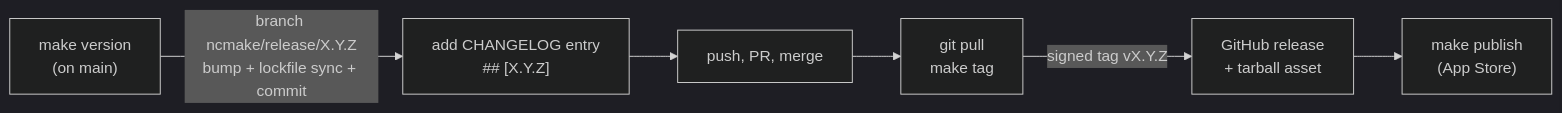
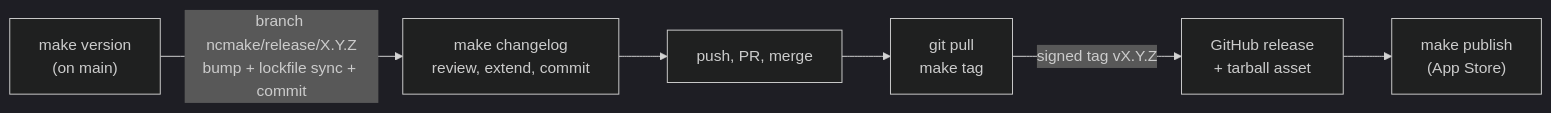
One commit to ernolf/ncmake changed the third of 3 diagrams in README.md. Above: the diagram before and after it, drawn with Mermaid (dark theme). The commit also changed other lines of this file and 1 other file, not shown here.

First line of the commit message:
feat: add the changelog target and harden the tag guard

````diff
--- a/README.md
+++ b/README.md
@@ -174,8 +174,8 @@
 ```mermaid
 flowchart LR
-    A["make version<br>(on main)"] -- "branch ncmake/release/X.Y.Z<br>bump + lockfile sync + commit" --> B["add CHANGELOG entry<br>## [X.Y.Z]"]
+    A["make version<br>(on main)"] -- "branch ncmake/release/X.Y.Z<br>bump + lockfile sync + commit" --> B["make changelog<br>review, extend, commit"]
     B --> C[push, PR, merge]
     C --> D["git pull<br>make tag"]
     D -- "signed tag vX.Y.Z" --> E[GitHub release<br>+ tarball asset]
     E --> F["make publish<br>(App Store)"]
 ```
````
